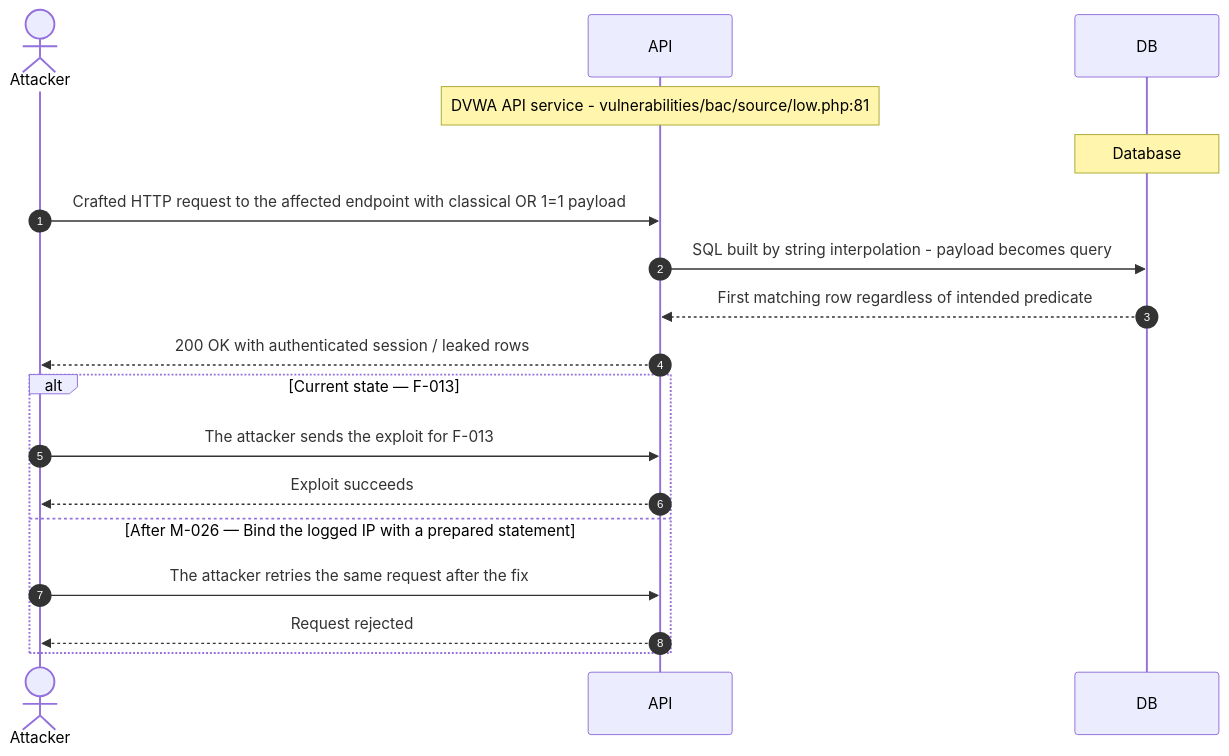
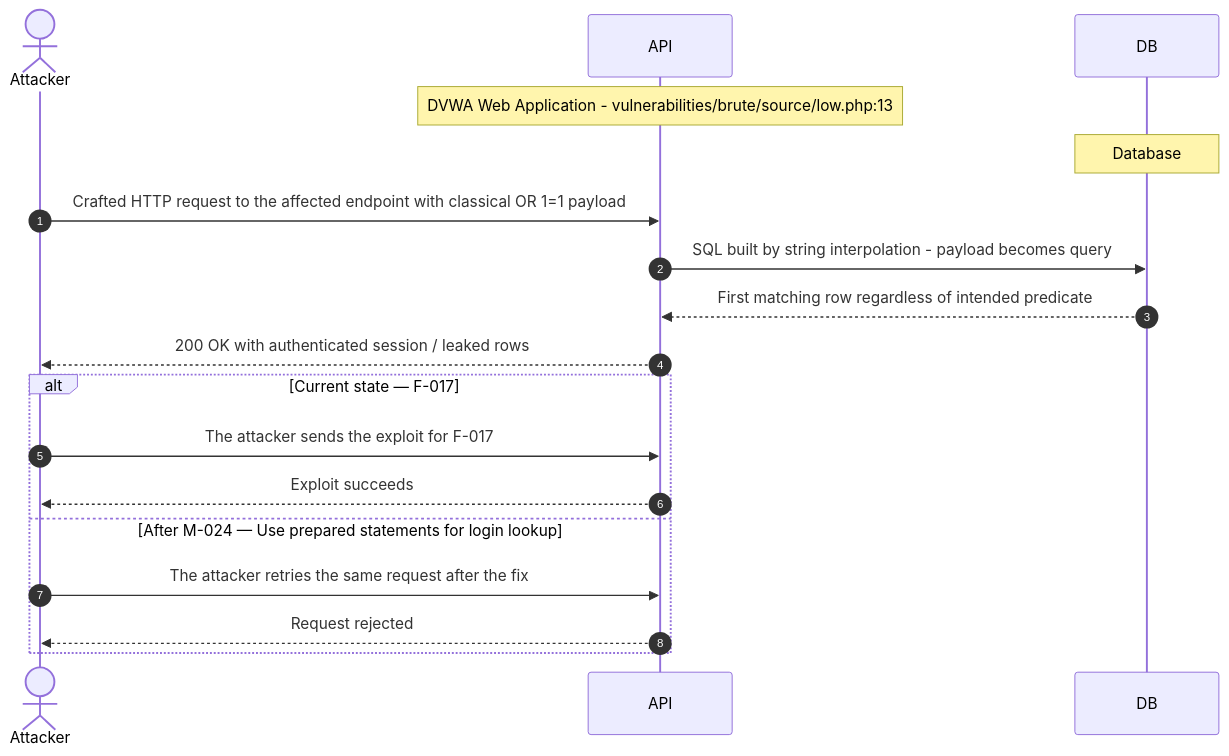
Before and after one commit to appsec-foundry/appsec-analyzer-examples: the seventh of 15 diagrams in dvwa/security-assessment-dvwa-thorough-0.1.0.md, drawn with Mermaid. The commit also changed other lines of this file and 7 other files, not shown here.

````diff
--- a/dvwa/security-assessment-dvwa-thorough-0.1.0.md
+++ b/dvwa/security-assessment-dvwa-thorough-0.1.0.md
@@ -479,20 +528,20 @@
 ```mermaid
 sequenceDiagram
     autonumber
     actor Attacker
     participant API
     participant DB
-    Note over API: DVWA API service - vulnerabilities/bac/source/low.php:81
+    Note over API: DVWA Web Application - vulnerabilities/brute/source/low.php:13
     Note over DB: Database
     Attacker->>API: Crafted HTTP request to the affected endpoint with classical OR 1=1 payload
     API->>DB: SQL built by string interpolation - payload becomes query
     DB-->>API: First matching row regardless of intended predicate
     API-->>Attacker: 200 OK with authenticated session / leaked rows
-    alt Current state — F-013
-        Attacker->>API: The attacker sends the exploit for F-013
+    alt Current state — F-017
+        Attacker->>API: The attacker sends the exploit for F-017
         API-->>Attacker: Exploit succeeds
-    else After M-026 — Bind the logged IP with a prepared statement
+    else After M-024 — Use prepared statements for login lookup
         Attacker->>API: The attacker retries the same request after the fix
         API-->>Attacker: Request rejected
     end
 ```
````
